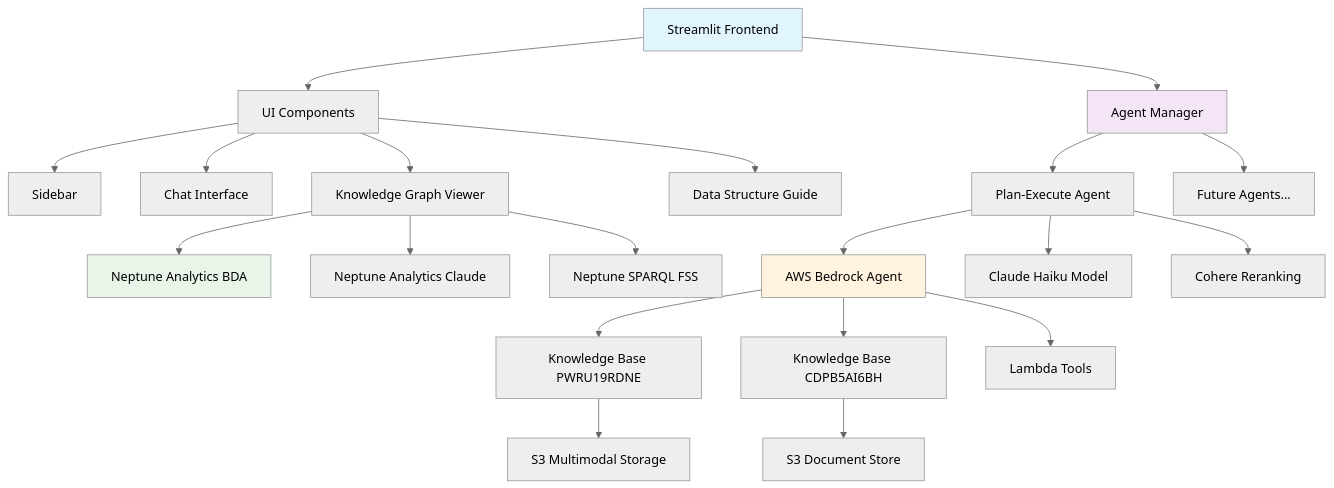
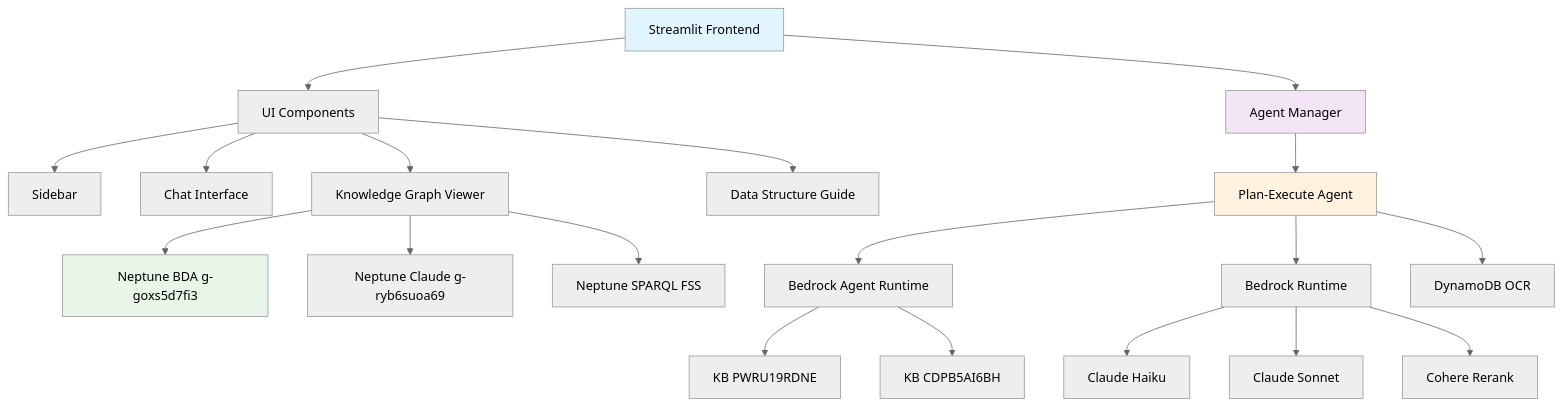
One commit to mulggo/shi-graphrag-chatbot changed the diagram in doc/SYSTEM_OVERVIEW.md. Above: the diagram before and after it, drawn with Mermaid (neutral theme). The commit also changed other lines of this file and 19 other files, not shown here.

````diff
--- a/doc/SYSTEM_OVERVIEW.md
+++ b/doc/SYSTEM_OVERVIEW.md
@@ -24,38 +24,37 @@
 ```mermaid
 graph TB
     %% Frontend Layer
     A[Streamlit Frontend] --> B[UI Components]
     B --> C[Sidebar]
     B --> D[Chat Interface]
     B --> E[Knowledge Graph Viewer]
     B --> F[Data Structure Guide]
     
     %% Agent Management Layer
     A --> G[Agent Manager]
     G --> H[Plan-Execute Agent]
-    G --> I[Future Agents...]
     
-    %% Knowledge Systems
-    H --> J[AWS Bedrock Agent]
-    J --> K[Knowledge Base PWRU19RDNE]
-    J --> L[Knowledge Base CDPB5AI6BH]
+    %% Direct AWS Integration
+    H --> J[Bedrock Agent Runtime]
+    H --> K[Bedrock Runtime]
+    H --> L[DynamoDB OCR]
+    
+    %% Knowledge Bases
+    J --> M[KB PWRU19RDNE]
+    J --> N[KB CDPB5AI6BH]
     
     %% Graph Databases
-    E --> M[Neptune Analytics BDA]
-    E --> N[Neptune Analytics Claude]
-    E --> O[Neptune SPARQL FSS]
+    E --> O[Neptune BDA g-goxs5d7fi3]
+    E --> P[Neptune Claude g-ryb6suoa69]
+    E --> Q[Neptune SPARQL FSS]
     
-    %% Storage & Processing
-    K --> P[S3 Multimodal Storage]
-    L --> Q[S3 Document Store]
-    J --> R[Lambda Tools]
-    
-    %% External Services
-    H --> S[Claude Haiku Model]
-    H --> T[Cohere Reranking]
+    %% Models
+    K --> R[Claude Haiku]
+    K --> S[Claude Sonnet]
+    K --> T[Cohere Rerank]
     
     style A fill:#e1f5fe
     style G fill:#f3e5f5
-    style J fill:#fff3e0
-    style M fill:#e8f5e8
+    style H fill:#fff3e0
+    style O fill:#e8f5e8
 ```
````
